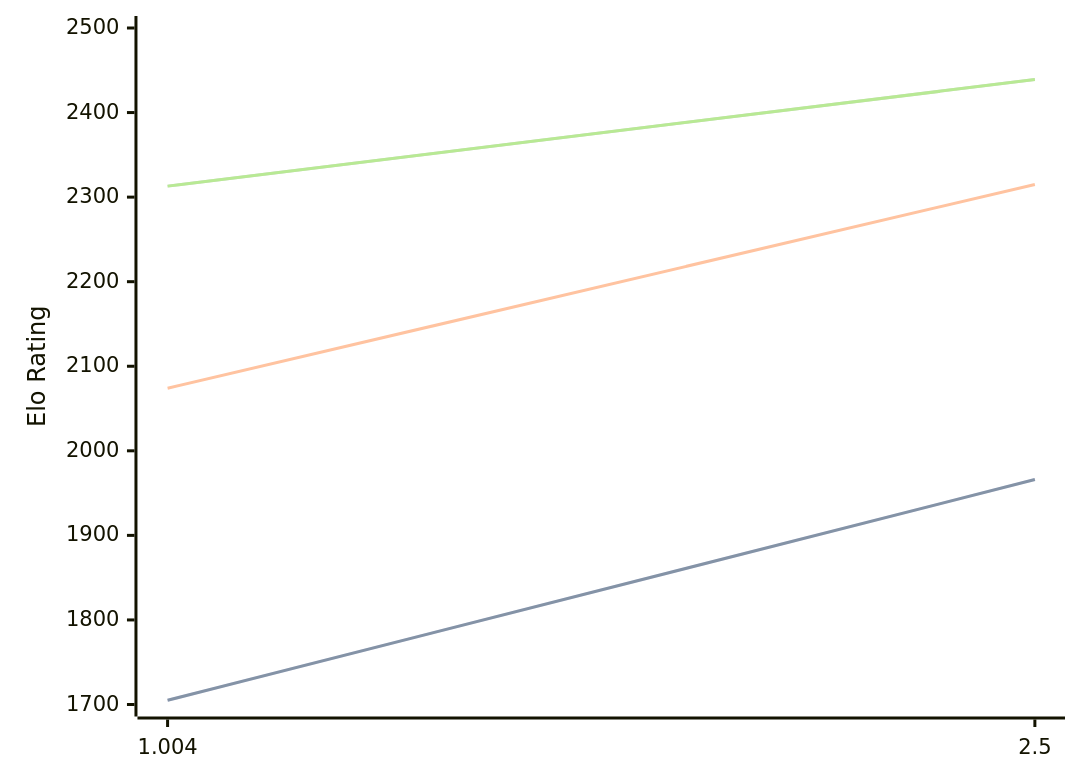
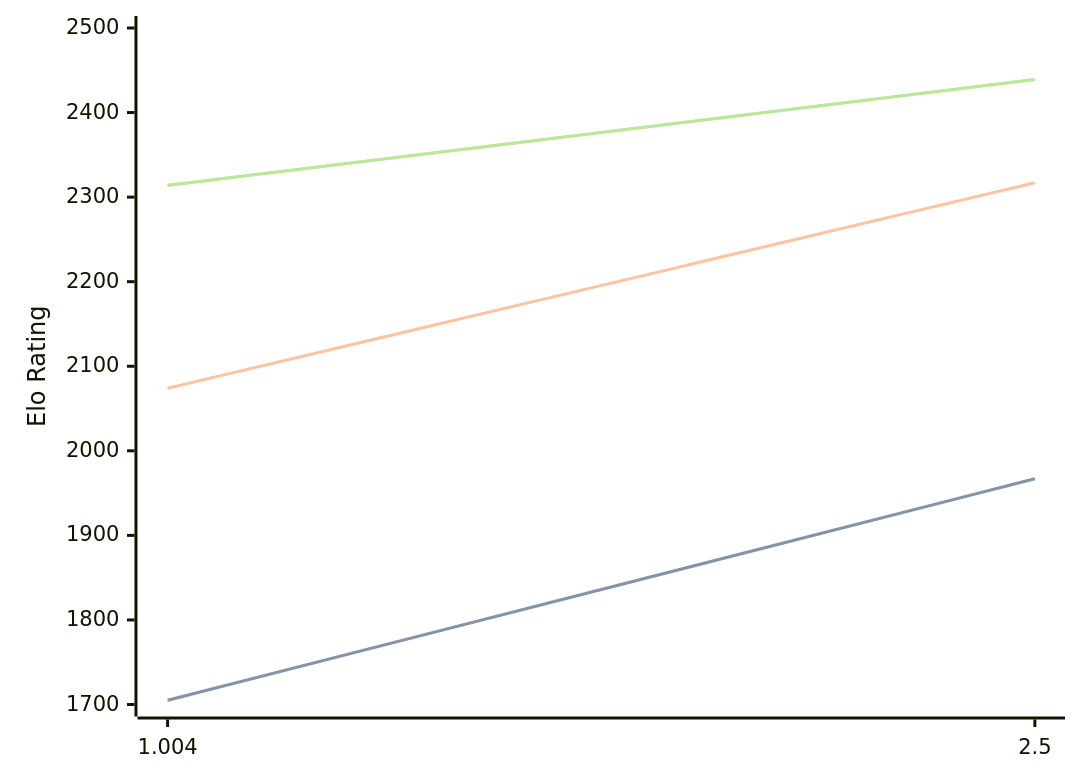
Before and after one commit to computer-chess-index/cci: the diagram in engines/Ares.md, drawn with Mermaid. The commit also changed other lines of this file, not shown here.

Commit message:
Update CCI Ratings (ELO VLTC) - 2026-08-24

````diff
--- a/engines/Ares.md
+++ b/engines/Ares.md
@@ -32,11 +32,11 @@
 ```mermaid
 %%{init: {"theme":"base","themeVariables":{"seriesColors:['#a3a3a3','#222221','#faa371']}}}%%
 xychart-beta
   x-axis ["1.004", "2.5"]
   y-axis "Elo Rating" 1700 --> 2500
-  line "STC (8.0+0.08s)" [1705, 1966]
-  line "STC (8.0+0.08s)" [1705, 1966]
-  line "LTC (60.0+0.60s)" [2074, 2315]
-  line "VLTC (2m24s+1.12s)" [2313, 2439]
-  line "VLTC (2m24s+1.12s)" [2313, 2439]
+  line "STC (8.0+0.08s)" [1705, 1967]
+  line "STC (8.0+0.08s)" [1705, 1967]
+  line "LTC (60.0+0.60s)" [2074, 2317]
+  line "VLTC (2m24s+1.12s)" [2314, 2439]
+  line "VLTC (2m24s+1.12s)" [2314, 2439]
 ```
````
